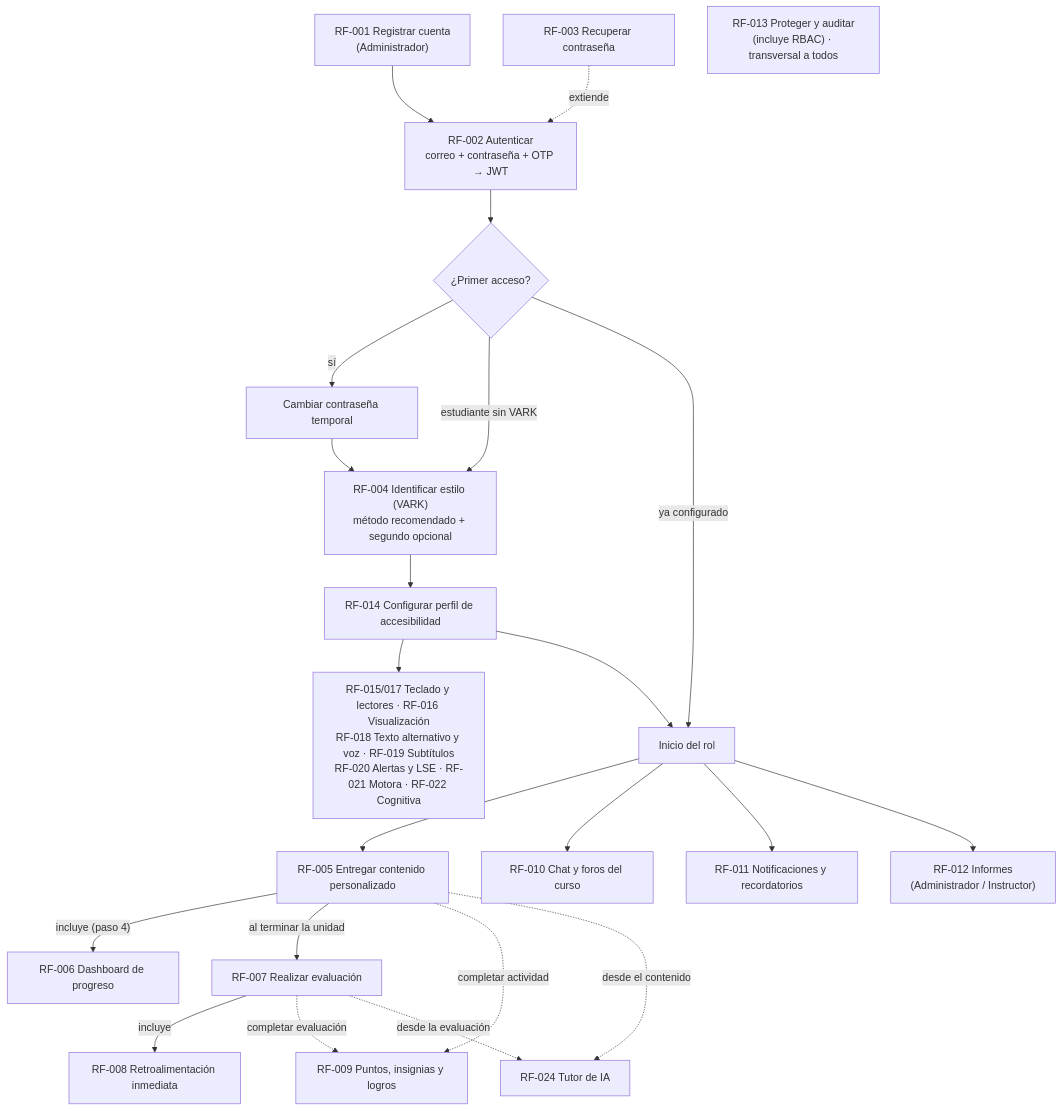
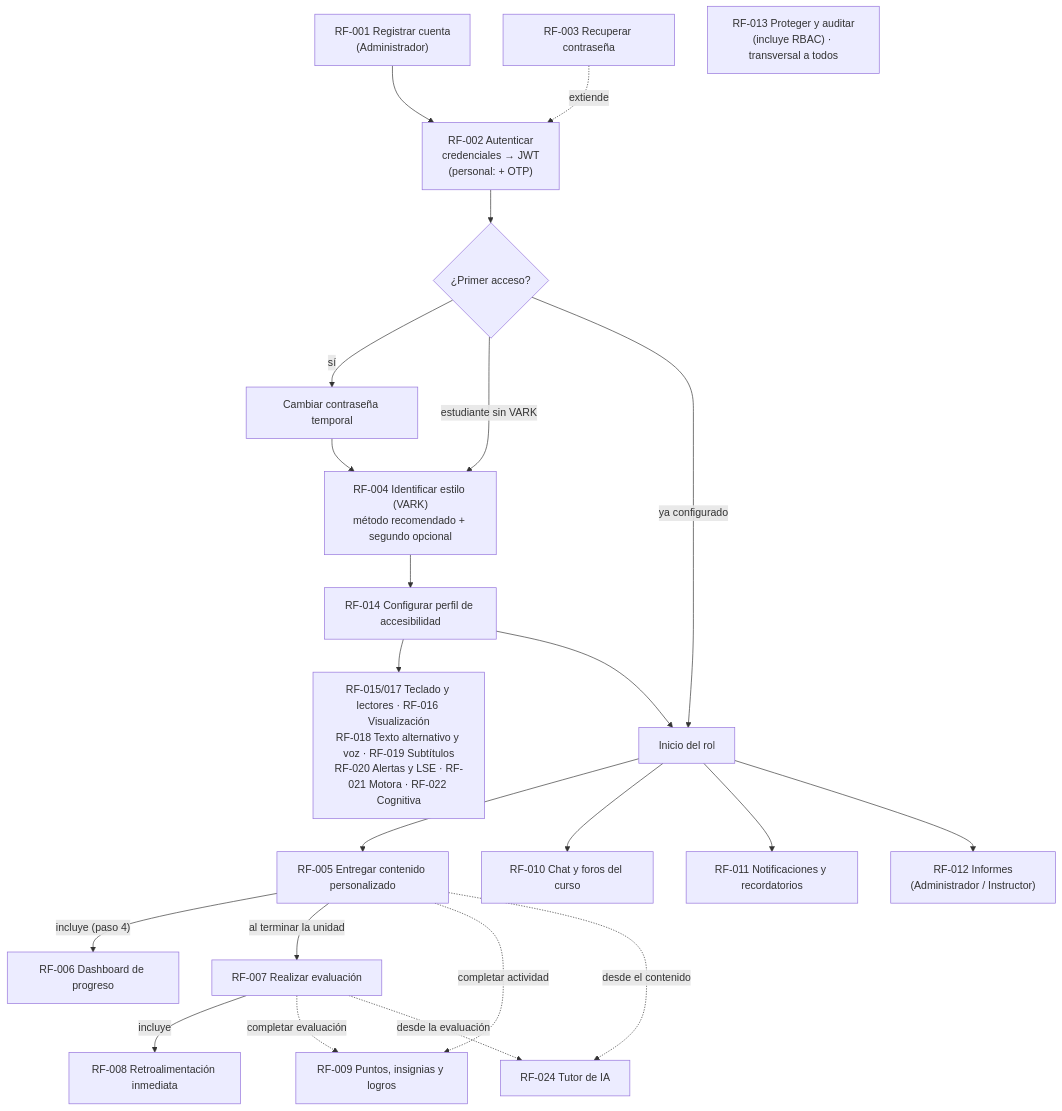
The second of 2 diagrams in README.md (Dragonico1/V-learning), drawn with Mermaid before and after one commit. The commit also changed other lines of this file and 59 other files, not shown here.

````diff
--- a/README.md
+++ b/README.md
@@ -256,28 +256,28 @@
 ```mermaid
 flowchart TD
     CU001["RF-001 Registrar cuenta<br/>(Administrador)"] --> CU002
     CU003["RF-003 Recuperar contraseña"] -. "extiende" .-> CU002
-    CU002["RF-002 Autenticar<br/>correo + contraseña + OTP → JWT"]
+    CU002["RF-002 Autenticar<br/>credenciales → JWT<br/>(personal: + OTP)"]
     CU002 --> PA{"¿Primer acceso?"}
     PA -- "sí" --> CPW["Cambiar contraseña temporal"]
     CPW --> CU004
     PA -- "estudiante sin VARK" --> CU004
     PA -- "ya configurado" --> DASH
     CU004["RF-004 Identificar estilo (VARK)<br/>método recomendado + segundo opcional"]
     CU004 --> CU014["RF-014 Configurar perfil de accesibilidad"]
     CU014 --> ACC["RF-015/017 Teclado y lectores · RF-016 Visualización<br/>RF-018 Texto alternativo y voz · RF-019 Subtítulos<br/>RF-020 Alertas y LSE · RF-021 Motora · RF-022 Cognitiva"]
     CU014 --> DASH
     DASH["Inicio del rol"] --> CU005
     CU005["RF-005 Entregar contenido personalizado"]
     CU005 -- "incluye (paso 4)" --> CU006["RF-006 Dashboard de progreso"]
     CU005 -- "al terminar la unidad" --> CU007["RF-007 Realizar evaluación"]
     CU007 -- "incluye" --> CU008["RF-008 Retroalimentación inmediata"]
     CU005 -. "completar actividad" .-> CU009["RF-009 Puntos, insignias y logros"]
     CU007 -. "completar evaluación" .-> CU009
     CU005 -. "desde el contenido" .-> CU024["RF-024 Tutor de IA"]
     CU007 -. "desde la evaluación" .-> CU024
     DASH --> CU010["RF-010 Chat y foros del curso"]
     DASH --> CU011["RF-011 Notificaciones y recordatorios"]
     DASH --> CU012["RF-012 Informes<br/>(Administrador / Instructor)"]
     CU013["RF-013 Proteger y auditar<br/>(incluye RBAC) · transversal a todos"]
 ```
````
